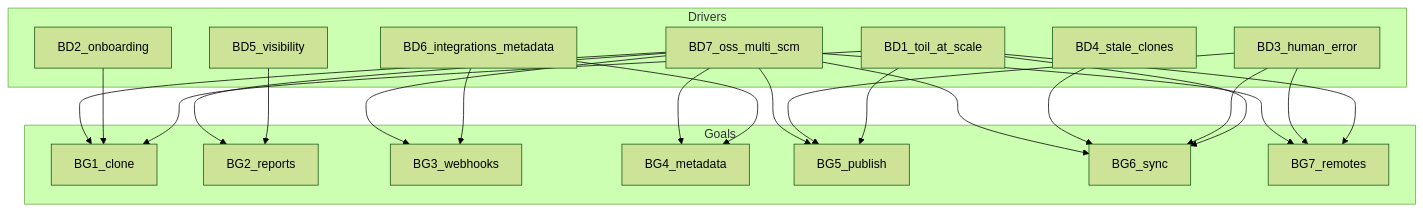
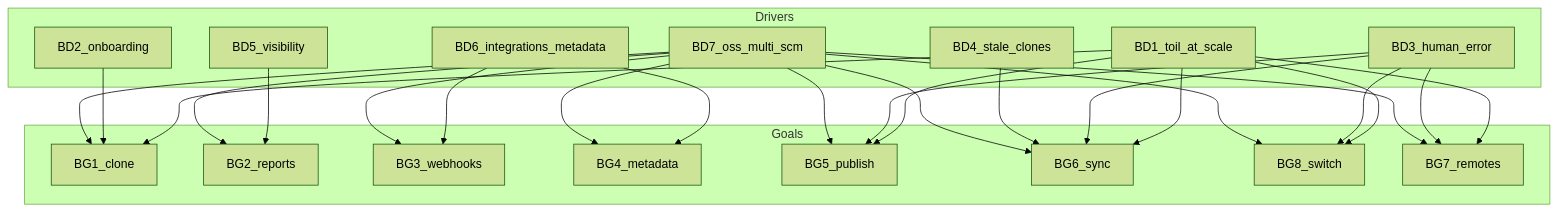
Before and after one commit to git-herder/documentation-product-intent: the diagram in motivation/goals.md, drawn with Mermaid (forest theme). The commit also changed other lines of this file and 2 other files, not shown here.

````diff
--- a/motivation/goals.md
+++ b/motivation/goals.md
@@ -160,40 +164,44 @@
 ```mermaid
 flowchart TB
   subgraph drivers [Drivers]
     BD1[BD1_toil_at_scale]
     BD2[BD2_onboarding]
     BD3[BD3_human_error]
     BD4[BD4_stale_clones]
     BD5[BD5_visibility]
     BD6[BD6_integrations_metadata]
     BD7[BD7_oss_multi_scm]
   end
   subgraph goals [Goals]
     BG1[BG1_clone]
     BG2[BG2_reports]
     BG3[BG3_webhooks]
     BG4[BG4_metadata]
     BG5[BG5_publish]
     BG6[BG6_sync]
+    BG8[BG8_switch]
     BG7[BG7_remotes]
   end
   BD1 --> BG1
   BD1 --> BG5
   BD1 --> BG6
   BD1 --> BG7
+  BD1 --> BG8
   BD2 --> BG1
   BD3 --> BG5
   BD3 --> BG6
   BD3 --> BG7
+  BD3 --> BG8
   BD4 --> BG6
   BD5 --> BG2
   BD6 --> BG3
   BD6 --> BG4
   BD7 --> BG1
   BD7 --> BG2
   BD7 --> BG3
   BD7 --> BG4
   BD7 --> BG5
   BD7 --> BG6
   BD7 --> BG7
+  BD7 --> BG8
 ```
````
